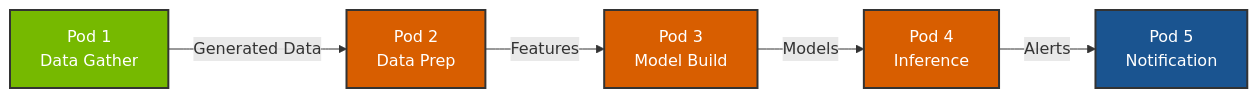
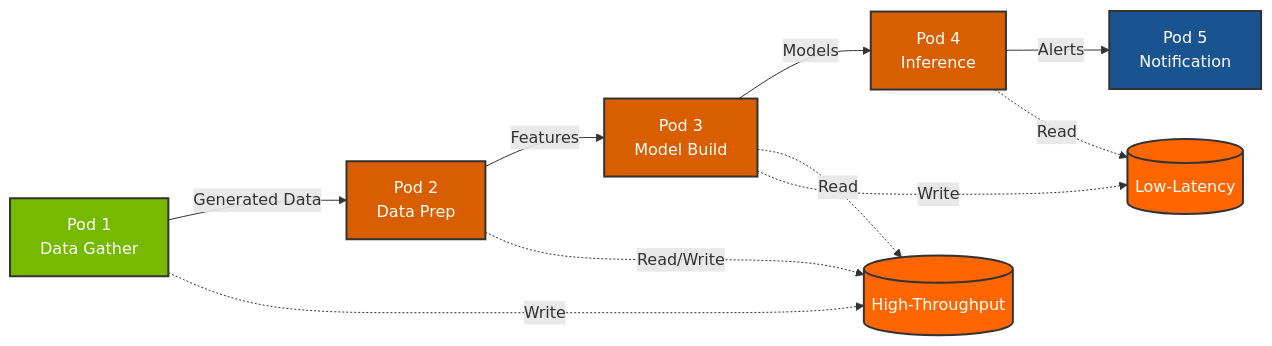
One commit to PureStorage-OpenConnect/fraud-detection-demo changed the diagram in README.md. Above: the diagram before and after it, drawn with Mermaid. The commit also changed other lines of this file and 9 other files, not shown here.

````diff
--- a/README.md
+++ b/README.md
@@ -16,13 +16,21 @@
 ```mermaid
 graph LR
     A[Pod 1<br/>Data Gather] -->|Generated Data| B[Pod 2<br/>Data Prep]
     B -->|Features| C[Pod 3<br/>Model Build]
     C -->|Models| D[Pod 4<br/>Inference]
     D -->|Alerts| E[Pod 5<br/>Notification]
     
+    A -.->|Write| FB[(High-Throughput)]
+    B -.->|Read/Write| FB
+    C -.->|Read| FB
+    C -.->|Write| FA[(Low-Latency)]
+    D -.->|Read| FA
+    
     style A fill:#76B900,stroke:#333,stroke-width:2px,color:#fff
     style B fill:#d85e00,stroke:#333,stroke-width:2px,color:#fff
     style C fill:#d85e00,stroke:#333,stroke-width:2px,color:#fff
     style D fill:#d85e00,stroke:#333,stroke-width:2px,color:#fff
     style E fill:#1a5490,stroke:#333,stroke-width:2px,color:#fff
+    style FB fill:#FF6600,stroke:#333,stroke-width:2px,color:#fff
+    style FA fill:#FF6600,stroke:#333,stroke-width:2px,color:#fff
 ```
````
